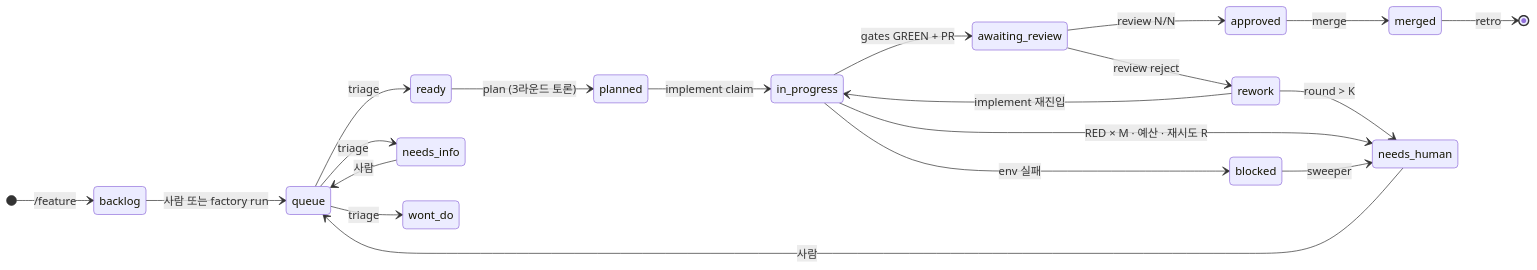
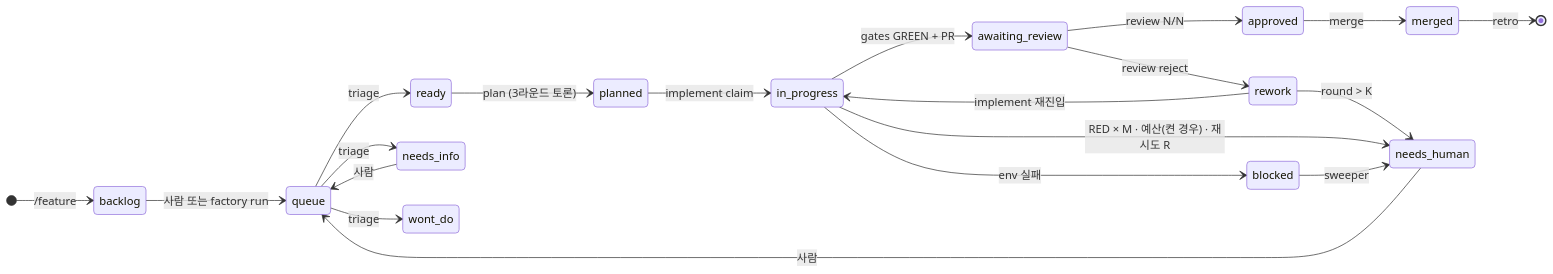
One commit to LeeHyeonKyu/know_thy_build changed the diagram in docs/superpowers/specs/2026-09-10-factory-design.md. Above: the diagram before and after it, drawn with Mermaid. The commit also changed other lines of this file and 1 other file, not shown here.

````diff
--- a/docs/superpowers/specs/2026-09-10-factory-design.md
+++ b/docs/superpowers/specs/2026-09-10-factory-design.md
@@ -96,23 +96,23 @@
 ```mermaid
 stateDiagram-v2
   direction LR
   [*] --> backlog: /feature
   backlog --> queue: 사람 또는 factory run
   queue --> ready: triage
   queue --> needs_info: triage
   queue --> wont_do: triage
   needs_info --> queue: 사람
   ready --> planned: plan (3라운드 토론)
   planned --> in_progress: implement claim
   in_progress --> awaiting_review: gates GREEN + PR
   in_progress --> blocked: env 실패
   awaiting_review --> approved: review N/N
   awaiting_review --> rework: review reject
   rework --> in_progress: implement 재진입
   approved --> merged: merge
   merged --> [*]: retro
   rework --> needs_human: round > K
-  in_progress --> needs_human: RED × M · 예산 · 재시도 R
+  in_progress --> needs_human: RED × M · 예산(켠 경우) · 재시도 R
   blocked --> needs_human: sweeper
   needs_human --> queue: 사람
 ```
````
